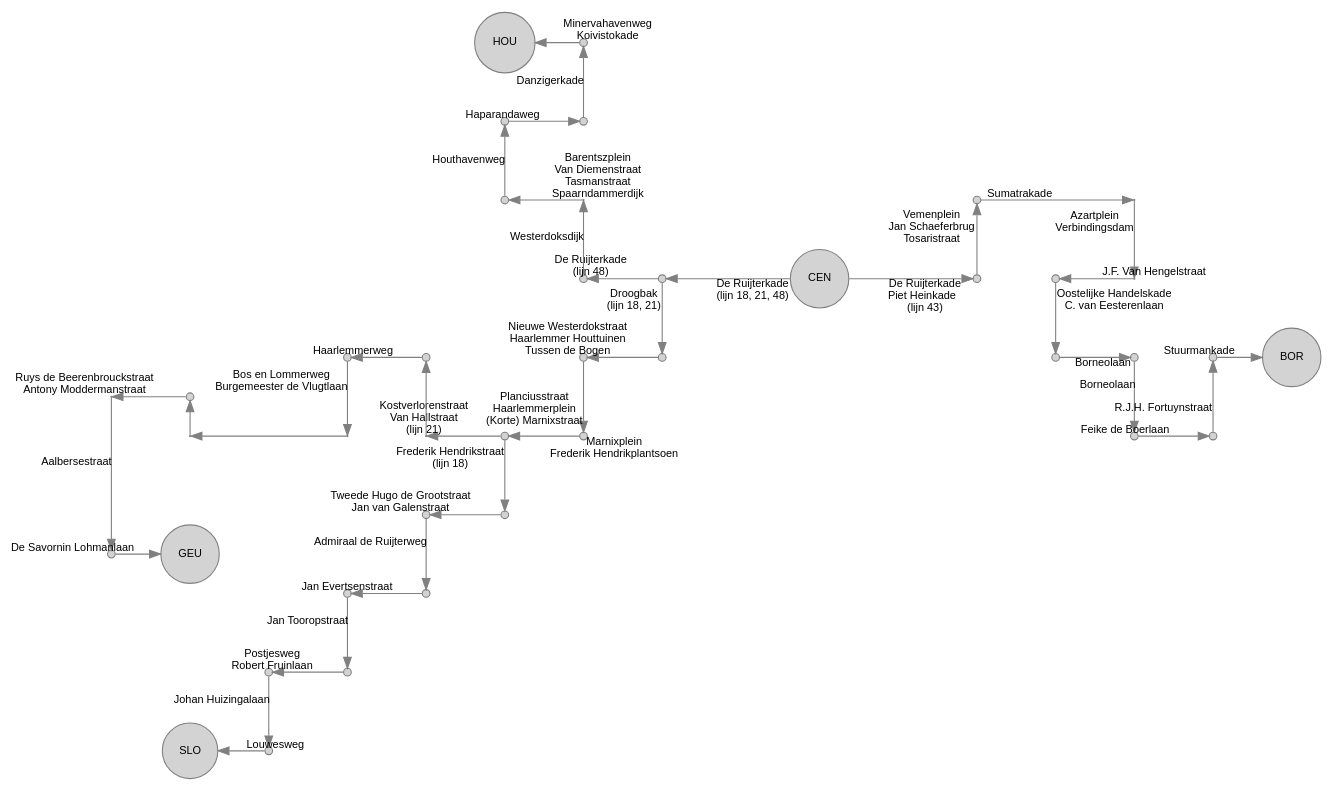
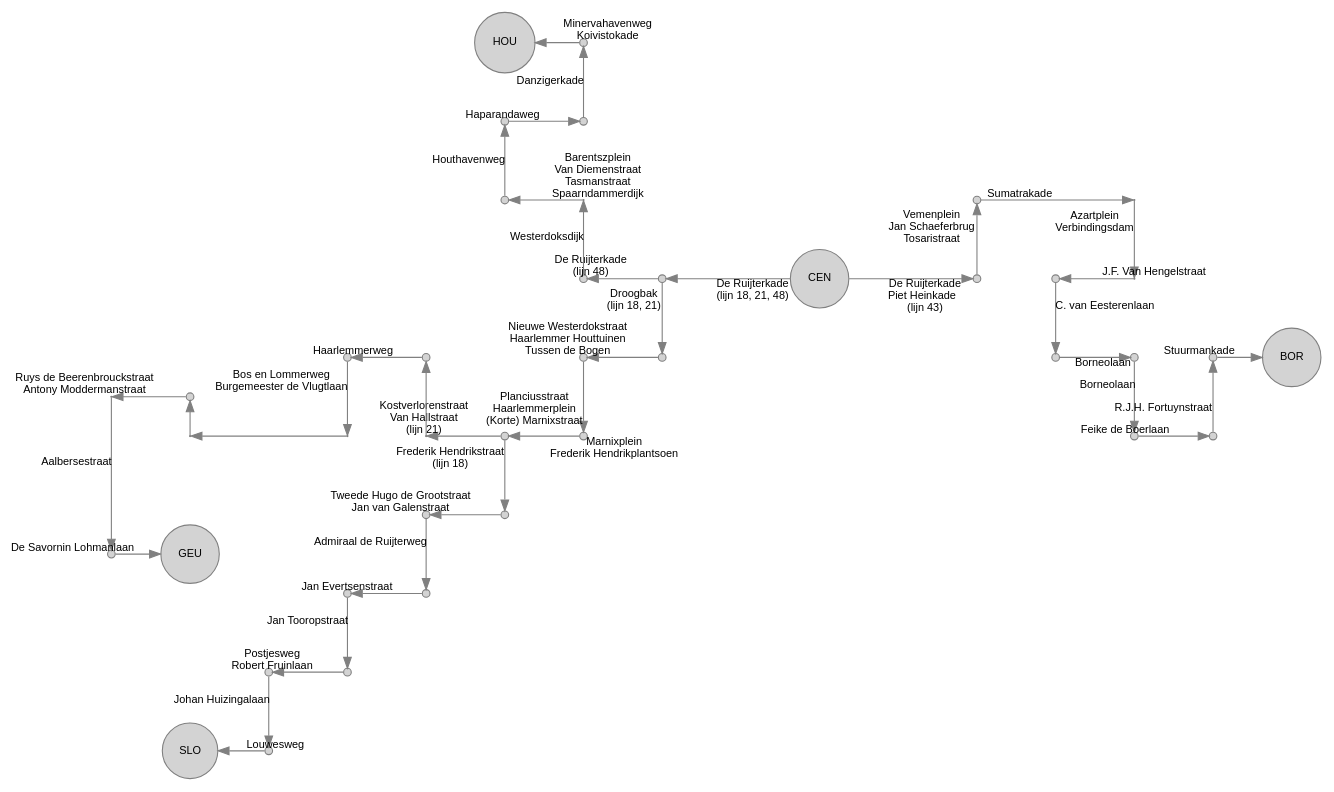
The diagram in gvb/CEN.gv (JacekPardyak/bus), drawn with Graphviz before and after one commit. The commit also changed 33 other files, not shown here.

```diff
--- a/gvb/CEN.gv
+++ b/gvb/CEN.gv
@@ -1,120 +1,119 @@
 digraph G {
   layout = neato
   node [shape = circle, style = filled, fillcolor = lightgray, color=gray, height=0.1, label = "", fontsize = 10, fontname = "Arial"]
   edge [color=gray, fontsize = 10, fontname = "Arial"]
 
   1800 [pos = " 1, 0!", label = "CEN"]
   1801 [pos = "-1, 0!"]
   1802 [pos = "-1,-1!"]
   1803 [pos = "-2,-1!"]
   1804 [pos = "-2,-2!"]
   1805 [pos = "-3,-2!"]
   1806 [pos = "-3,-3!"]
   1807 [pos = "-4,-3!"]
   1808 [pos = "-4,-4!"]
   1809 [pos = "-5,-4!"]
   1810 [pos = "-5,-5!"]
   1811 [pos = "-6,-5!"]
   1812 [pos = "-6,-6!"]
   1813 [pos = "-7,-6!", label = "SLO"]
   
   2101 [pos = "-4,-2!", height=0.01]
   2102 [pos = "-4,-1!"]
   2103 [pos = "-5,-1!"]
   2104 [pos = "-5,-2!", height=0.01]
   2105 [pos = "-7,-2!", height=0.01]
   2106 [pos = "-7,-1.5!"]
   2107 [pos = "-8,-1.5!", height=0.01]
   2108 [pos = "-8,-3.5!"]
   2109 [pos = "-7,-3.5!", label = "GEU"]
   
   4301 [pos = " 3, 0!"]
   4302 [pos = " 3, 1!"]
   4303 [pos = " 5, 1!", height=0.01]
   4304 [pos = " 5, 0!", height=0.01]
   4305 [pos = " 4, 0!"]
   4306 [pos = " 4,-1!"]
   4307 [pos = " 5,-1!"]
   4308 [pos = " 5,-2!"]
   4309 [pos = " 6,-2!"]
   4310 [pos = " 6,-1!"]
   4311 [pos = " 7,-1!", label = "BOR"]
    
   4801 [pos = "-2, 0!"]
   4802 [pos = "-2, 1!", height=0.01]
   4803 [pos = "-3, 1!"]
   4804 [pos = "-3, 2!"]
   4805 [pos = "-2, 2!"]
   4806 [pos = "-2, 3!"]
   4807 [pos = "-3, 3!", label = "HOU"]
 
   1800 -> 1801 [label = "De Ruijterkade 
  (lijn 18, 21, 48)"]
   1801 -> 1802 [label = "Droogbak 
  (lijn 18, 21)"]
   1802 -> 1803 [label = "Nieuwe Westerdokstraat 
  Haarlemmer Houttuinen 
  Tussen de Bogen"]
   1803 -> 1804 [label = "Planciusstraat 
  Haarlemmerplein 
  (Korte) Marnixstraat"]
   1804 -> 1805 [label = "Marnixplein 
  Frederik Hendrikplantsoen"]
   1805 -> 1806 [label = "Frederik Hendrikstraat 
  (lijn 18)"]
   1806 -> 1807 [label = "Tweede Hugo de Grootstraat 
  Jan van Galenstraat"]
   1807 -> 1808 [label = "Admiraal de Ruijterweg"]
   1808 -> 1809 [label = "Jan Evertsenstraat"]
   1809 -> 1810 [label = "Jan Tooropstraat"]
   1810 -> 1811 [label = "Postjesweg 
  Robert Fruinlaan"]
   1811 -> 1812 [label = "Johan Huizingalaan"]
   1812 -> 1813 [label = "Louwesweg"]
   
   1805 -> 2101 [label = "Kostverlorenstraat 
  Van Hallstraat 
  (lijn 21)"]
   2101 -> 2102 [label = ""]
   2102 -> 2103 [label = "Haarlemmerweg"]
   2103 -> 2104 [label = "Bos en Lommerweg 
  Burgemeester de Vlugtlaan"]
   2104 -> 2105 [label = ""]
   2105 -> 2106 [label = ""]
   2106 -> 2107 [label = "Ruys de Beerenbrouckstraat 
  Antony Moddermanstraat"]
   2107 -> 2108 [label = "Aalbersestraat"]
   2108 -> 2109 [label = "De Savornin Lohmanlaan"]
   
   1800 -> 4301 [label = "De Ruijterkade 
  Piet Heinkade  
  (lijn 43)"]
   4301 -> 4302 [label = "Vemenplein 
  Jan Schaeferbrug 
  Tosaristraat"]
   4302 -> 4303 [label = "Sumatrakade"]
   4303 -> 4304 [label = "Azartplein 
  Verbindingsdam"]
   4304 -> 4305 [label = "J.F. Van Hengelstraat"]
-  4305 -> 4306 [label = "Oostelijke Handelskade 
- C. van Eesterenlaan"]
+  4305 -> 4306 [label = "C. van Eesterenlaan"]
   4306 -> 4307 [label = "Borneolaan"]
   4307 -> 4308 [label = "Borneolaan"]
   4308 -> 4309 [label = "Feike de Boerlaan"]
   4309 -> 4310 [label = "R.J.H. Fortuynstraat"]
   4310 -> 4311 [label = "Stuurmankade"]
   
   1801 -> 4801 [label = "De Ruijterkade 
  (lijn 48)"]
   4801 -> 4802 [label = "Westerdoksdijk"]
   4802 -> 4803 [label = "Barentszplein 
  Van Diemenstraat 
  Tasmanstraat 
  Spaarndammerdijk"]
   4803 -> 4804 [label = "Houthavenweg"]
   4804 -> 4805 [label = "Haparandaweg"]
   4805 -> 4806 [label = "Danzigerkade"]
   4806 -> 4807 [label = "Minervahavenweg 
  Koivistokade"]
    
 }
```
